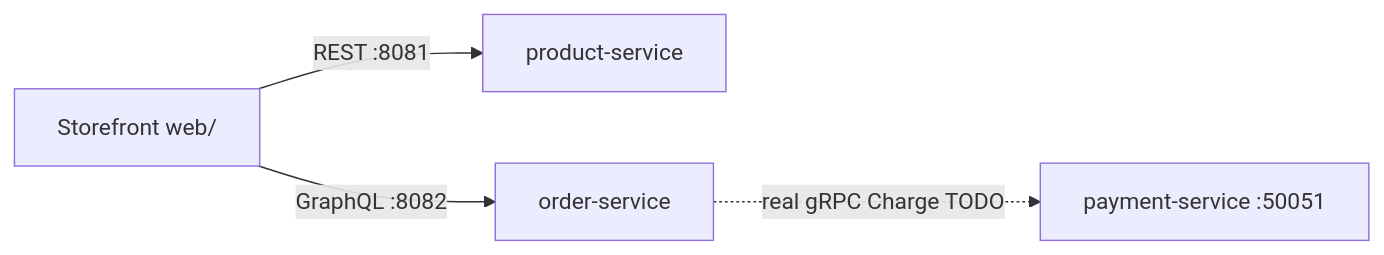
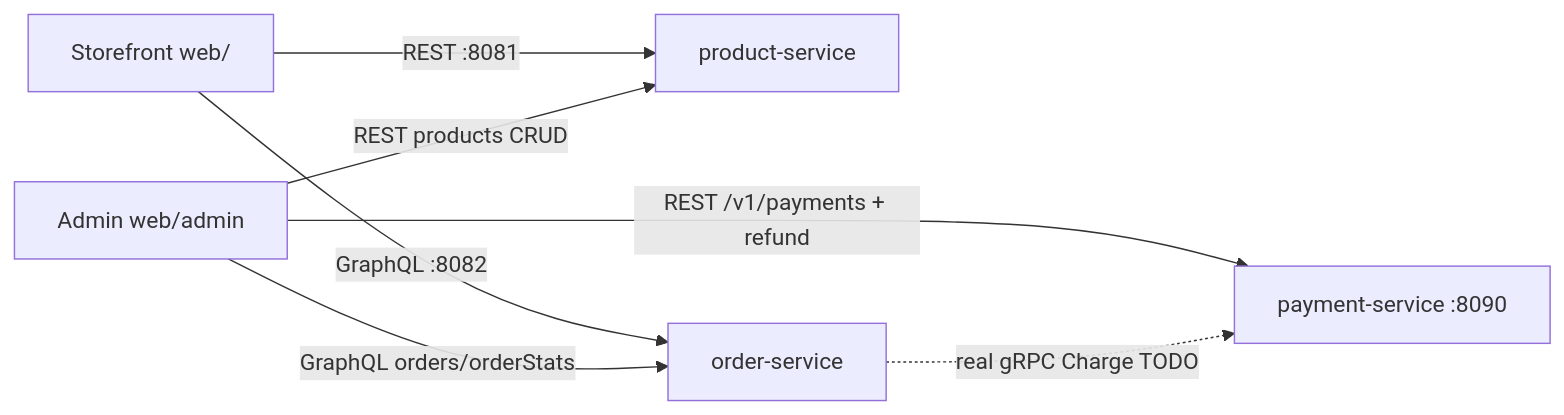
The diagram in web/README.md (prakash144/mcp-commerce-platform), drawn with Mermaid before and after one commit. The commit also changed other lines of this file and 55 other files, not shown here.

````diff
--- a/web/README.md
+++ b/web/README.md
@@ -9,6 +10,9 @@
 ```mermaid
 flowchart LR
-    W[Storefront web/] -->|REST :8081| P[product-service]
-    W -->|GraphQL :8082| O[order-service]
-    O -. real gRPC Charge TODO .-> PAY[payment-service :50051]
+    S[Storefront web/] -->|REST :8081| P[product-service]
+    S -->|GraphQL :8082| O[order-service]
+    A[Admin web/admin] -->|GraphQL orders/orderStats| O
+    A -->|REST /v1/payments + refund| PAY[payment-service :8090]
+    A -->|REST products CRUD| P
+    O -. real gRPC Charge TODO .-> PAY
 ```
````
